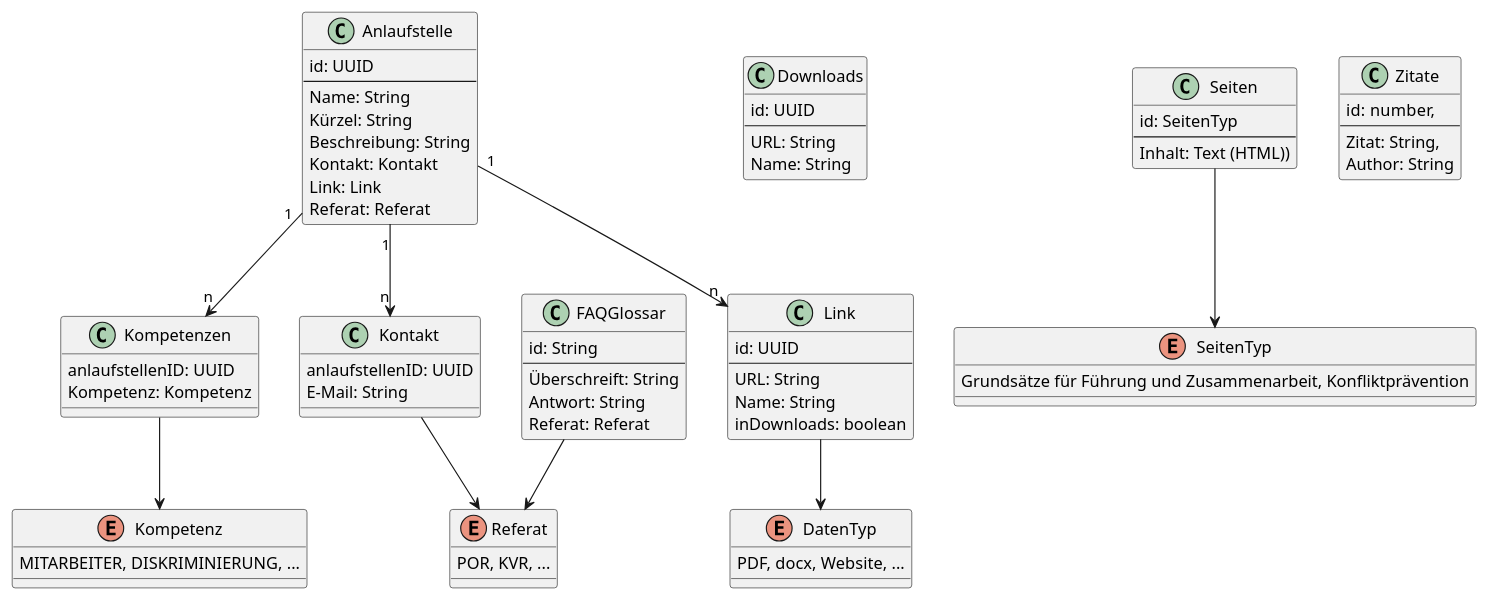
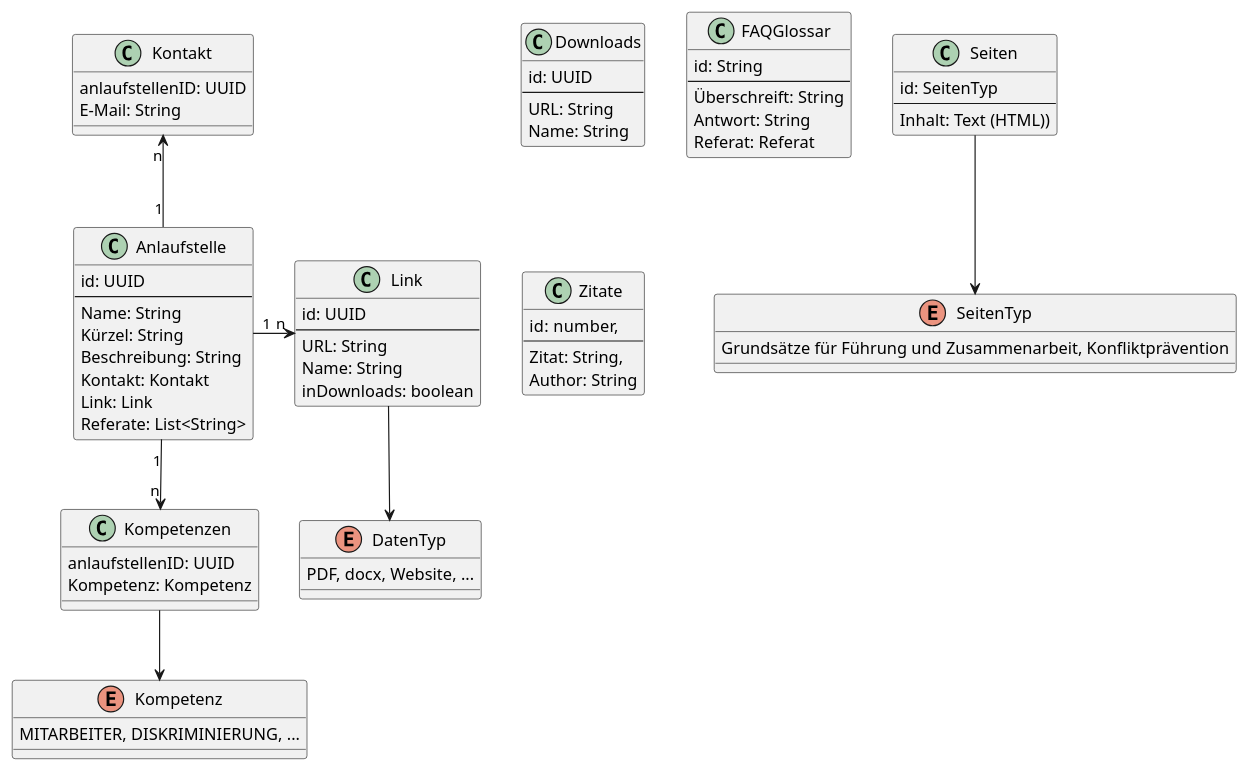
One commit to it-at-m/kobit-backend changed the diagram in src/main/java/de/muenchen/kobit/backend/docs/erm.puml. Above: the diagram before and after it, drawn with PlantUML. The commit also changed 39 other files, not shown here.

```diff
--- a/src/main/java/de/muenchen/kobit/backend/docs/erm.puml
+++ b/src/main/java/de/muenchen/kobit/backend/docs/erm.puml
@@ -1,84 +1,79 @@
 @startuml
 
 class Anlaufstelle {
     id: UUID
     ----
     Name: String
     Kürzel: String
     Beschreibung: String
     Kontakt: Kontakt
     Link: Link
-    Referat: Referat
+    Referate: List<String>
 }
 
 class Kompetenzen {
     anlaufstellenID: UUID
     Kompetenz: Kompetenz
 }
 
 enum Kompetenz {
     MITARBEITER, DISKRIMINIERUNG, ...
 }
 
 'Kontakte trotz eines Feldes als extra Tabelle um mehrere Mail Adressen abdecken zu können.
 class Kontakt {
     anlaufstellenID: UUID
     E-Mail: String
-}
-
-enum Referat {
-    POR, KVR, ...
 }
 
 class Link {
     id: UUID
     ---
     URL: String
     Name: String
     inDownloads: boolean
 }
 
 class Downloads {
     id: UUID
     ---
     URL: String
     Name: String
 }
 enum DatenTyp {
     PDF, docx, Website, ...
 }
 
 class FAQGlossar {
     id: String
     ---
     Überschreift: String
     Antwort: String
     Referat: Referat
 }
 
 class Seiten {
     id: SeitenTyp
     ---
     Inhalt: Text (HTML))
 }
 enum SeitenTyp {
 Grundsätze für Führung und Zusammenarbeit, Konfliktprävention
 }
 
 class Zitate {
     id: number,
     ---
     Zitat: String,
     Author: String
 }
 
-Anlaufstelle "1"-->"n" Kontakt
-Anlaufstelle "1"-->"n" Link
+
+Anlaufstelle "1"-u->"n" Kontakt
+Anlaufstelle "1"-r->"n" Link
 Anlaufstelle "1"-->"n" Kompetenzen
 Kompetenzen --> Kompetenz
 Link --> DatenTyp
-Kontakt --> Referat
-FAQGlossar --> Referat
 Seiten --> SeitenTyp
 
 @enduml
```
